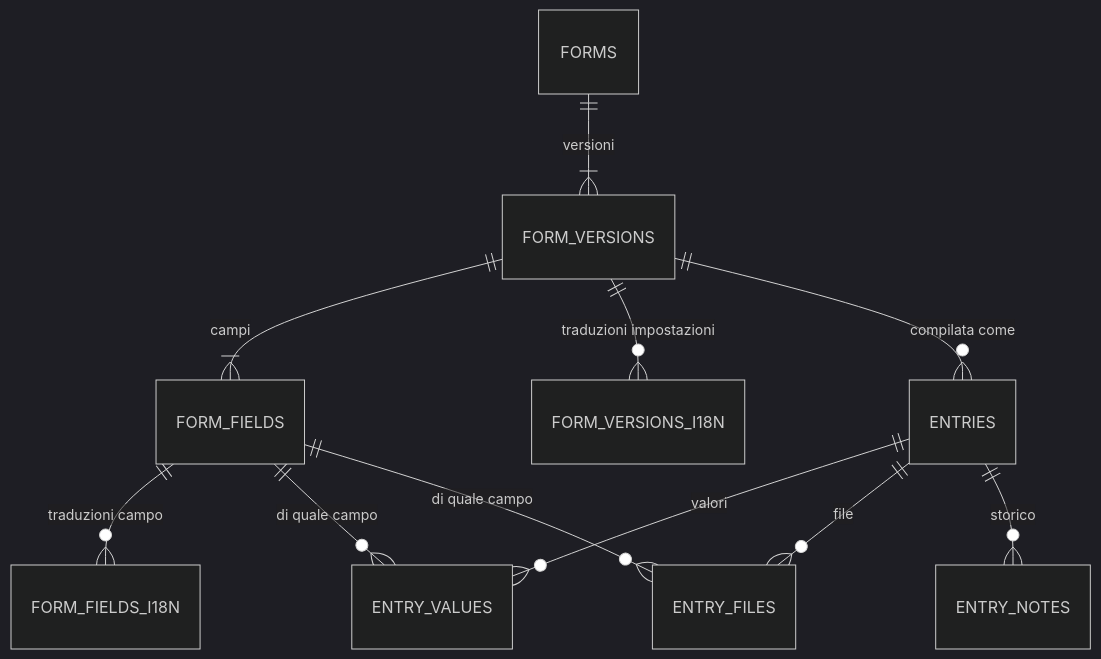
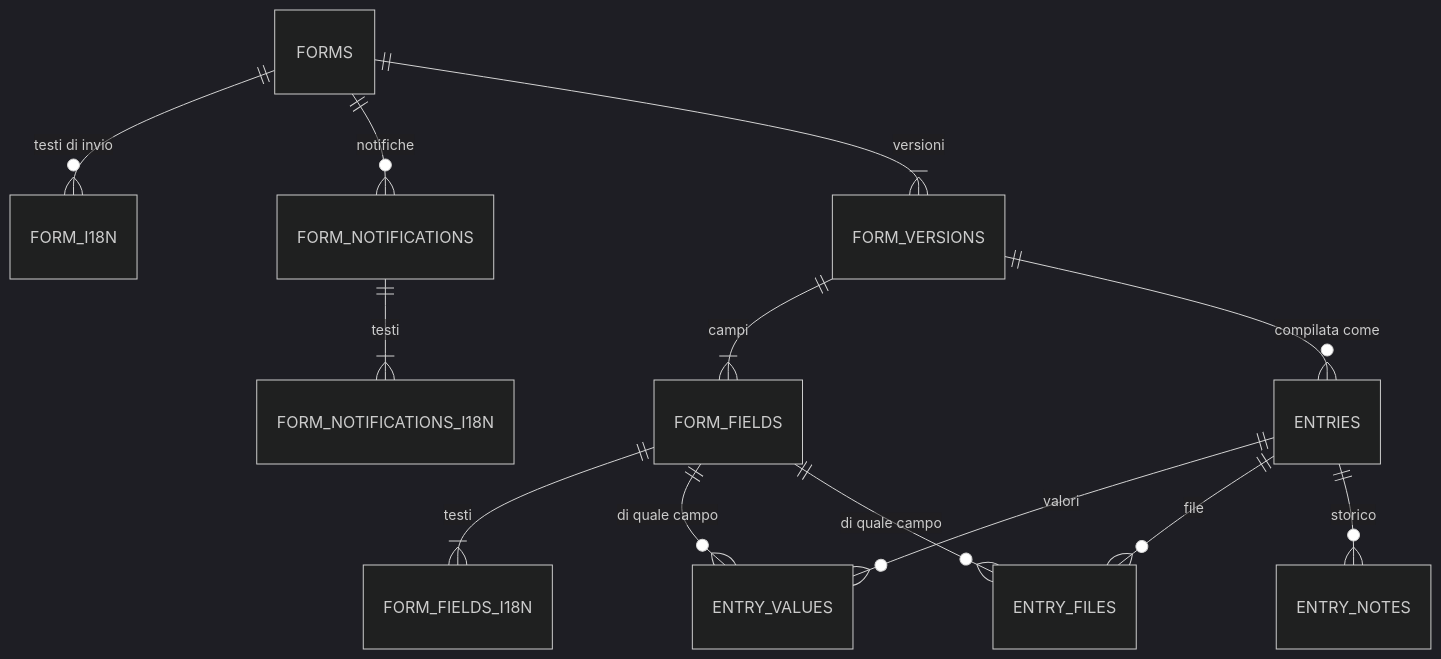
The diagram in PLAN.md (hellobarrio/suite-barrio), drawn with Mermaid (dark theme) before and after one commit. The commit also changed other lines of this file and 25 other files, not shown here.

````diff
--- a/PLAN.md
+++ b/PLAN.md
@@ -83,13 +89,15 @@
 ```mermaid
 erDiagram
+  FORMS ||--o{ FORM_I18N : "testi di invio"
+  FORMS ||--o{ FORM_NOTIFICATIONS : "notifiche"
+  FORM_NOTIFICATIONS ||--|{ FORM_NOTIFICATIONS_I18N : "testi"
   FORMS ||--|{ FORM_VERSIONS : "versioni"
   FORM_VERSIONS ||--|{ FORM_FIELDS : "campi"
-  FORM_VERSIONS ||--o{ FORM_VERSIONS_I18N : "traduzioni impostazioni"
-  FORM_FIELDS ||--o{ FORM_FIELDS_I18N : "traduzioni campo"
+  FORM_FIELDS ||--|{ FORM_FIELDS_I18N : "testi"
   FORM_VERSIONS ||--o{ ENTRIES : "compilata come"
   ENTRIES ||--o{ ENTRY_VALUES : "valori"
   FORM_FIELDS ||--o{ ENTRY_VALUES : "di quale campo"
   ENTRIES ||--o{ ENTRY_FILES : "file"
   FORM_FIELDS ||--o{ ENTRY_FILES : "di quale campo"
   ENTRIES ||--o{ ENTRY_NOTES : "storico"
 ```
````
